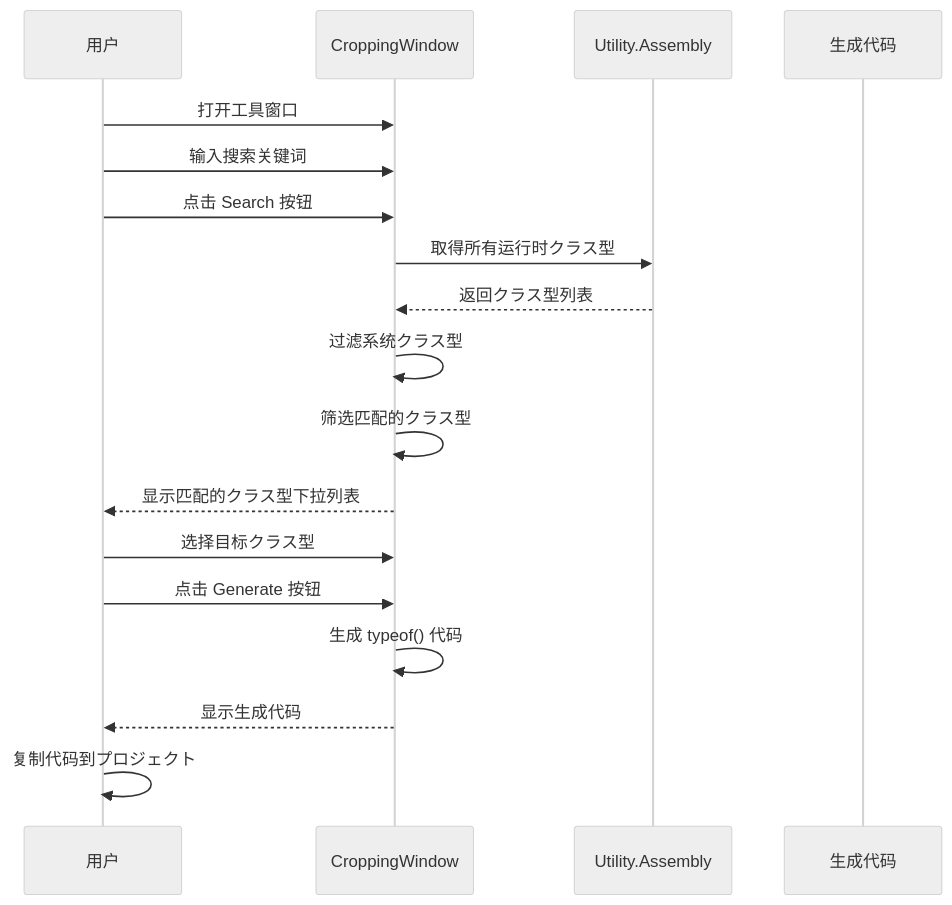
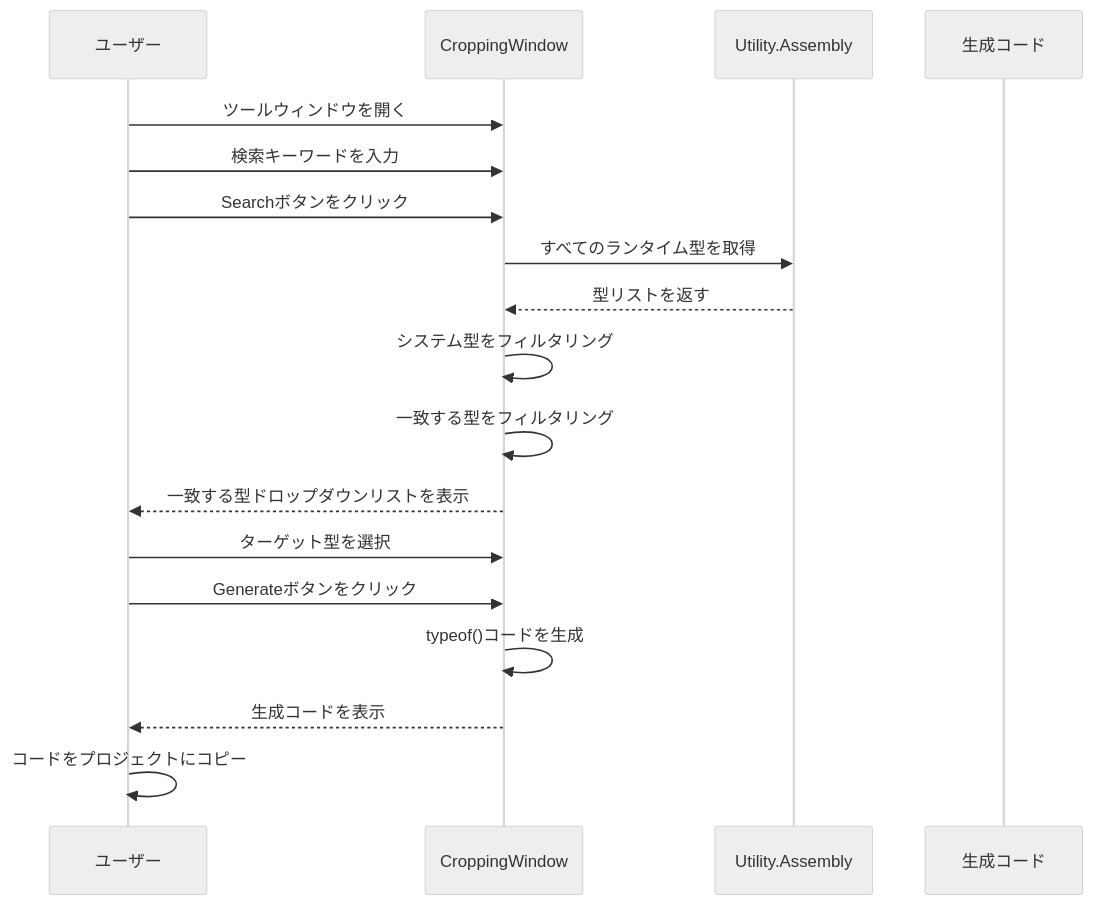
The second of 2 diagrams in docs/ja/client/unity/component/core/15.cropping-tool.md (AlianBlank/GameFrameX.Docs), drawn with Mermaid (neutral theme) before and after one commit. The commit also changed other lines of this file and 320 other files, not shown here.

````diff
--- a/docs/ja/client/unity/component/core/15.cropping-tool.md
+++ b/docs/ja/client/unity/component/core/15.cropping-tool.md
@@ -53,21 +53,21 @@
 ```mermaid
 sequenceDiagram
-    participant User as 用户
+    participant User as ユーザー
     participant Window as CroppingWindow
     participant Assembly as Utility.Assembly
-    participant Output as 生成代码
+    participant Output as 生成コード
 
-    User->>Window: 打开工具窗口
-    User->>Window: 输入搜索关键词
-    User->>Window: 点击 Search 按钮
-    Window->>Assembly: 取得所有运行时クラス型
-    Assembly-->>Window: 返回クラス型列表
-    Window->>Window: 过滤系统クラス型
-    Window->>Window: 筛选匹配的クラス型
-    Window-->>User: 显示匹配的クラス型下拉列表
-    User->>Window: 选择目标クラス型
-    User->>Window: 点击 Generate 按钮
-    Window->>Window: 生成 typeof() 代码
-    Window-->>User: 显示生成代码
-    User->>User: 复制代码到プロジェクト
+    User->>Window: ツールウィンドウを開く
+    User->>Window: 検索キーワードを入力
+    User->>Window: Searchボタンをクリック
+    Window->>Assembly: すべてのランタイム型を取得
+    Assembly-->>Window: 型リストを返す
+    Window->>Window: システム型をフィルタリング
+    Window->>Window: 一致する型をフィルタリング
+    Window-->>User: 一致する型ドロップダウンリストを表示
+    User->>Window: ターゲット型を選択
+    User->>Window: Generateボタンをクリック
+    Window->>Window: typeof()コードを生成
+    Window-->>User: 生成コードを表示
+    User->>User: コードをプロジェクトにコピー
 ```
````
